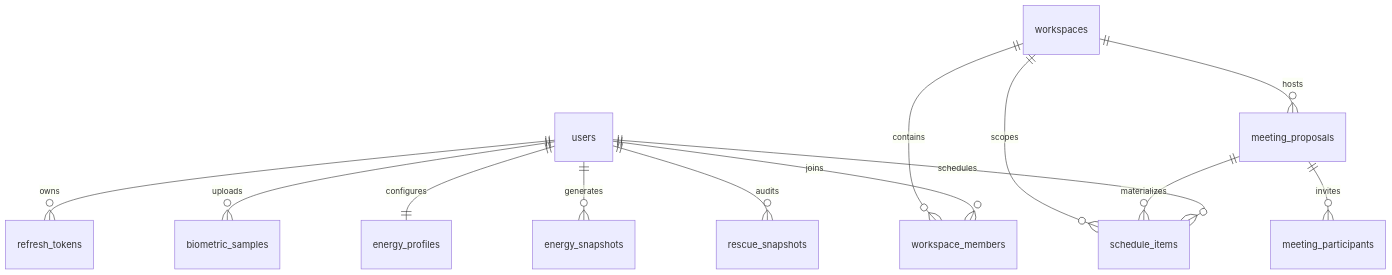
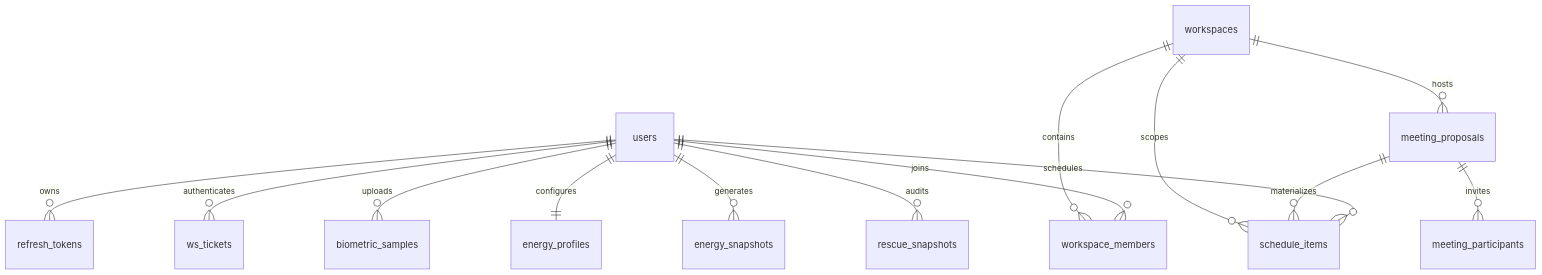
The diagram in docs/01-domain-and-database.md (PropZzz/YuanshenNb), drawn with Mermaid before and after one commit. The commit also changed other lines of this file and 208 other files, not shown here.

````diff
--- a/docs/01-domain-and-database.md
+++ b/docs/01-domain-and-database.md
@@ -23,15 +23,16 @@
 ```mermaid
 erDiagram
     users ||--o{ refresh_tokens : "owns"
+    users ||--o{ ws_tickets : "authenticates"
     users ||--o{ biometric_samples : "uploads"
     users ||--|| energy_profiles : "configures"
     users ||--o{ energy_snapshots : "generates"
     users ||--o{ schedule_items : "schedules"
     users ||--o{ rescue_snapshots : "audits"
     users ||--o{ workspace_members : "joins"
     workspaces ||--o{ workspace_members : "contains"
     workspaces ||--o{ meeting_proposals : "hosts"
     meeting_proposals ||--o{ meeting_participants : "invites"
     meeting_proposals ||--o{ schedule_items : "materializes"
     workspaces ||--o{ schedule_items : "scopes"
 ```
````
